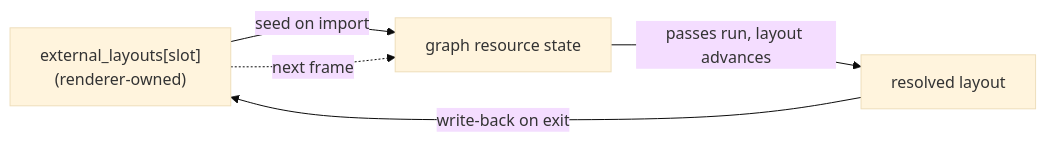
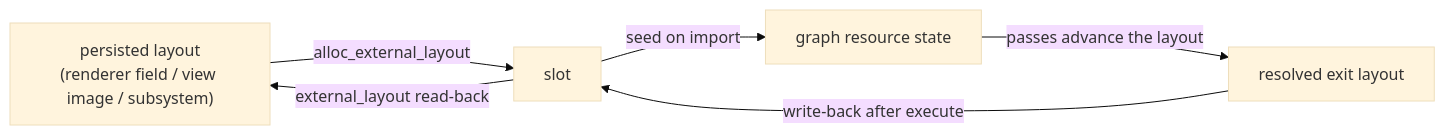
The diagram in docs/content/explanations/frame-and-render-graph/cross-frame-layouts.md (saffronjam/SaffronEngine), drawn with Mermaid (base theme) before and after one commit. The commit also changed other lines of this file and 10 other files, not shown here.

First line of the commit message:
docs: rewrite the frame-and-render-graph pages

````diff
--- a/docs/content/explanations/frame-and-render-graph/cross-frame-layouts.md
+++ b/docs/content/explanations/frame-and-render-graph/cross-frame-layouts.md
@@ -60,7 +60,8 @@
 ```mermaid
 flowchart LR
-    A["external_layouts[slot]<br/>(renderer-owned)"] -->|seed on import| B[graph resource state]
-    B -->|passes run, layout advances| C[resolved layout]
-    C -->|write-back on exit| A
-    A -.->|next frame| B
+    A["persisted layout<br/>(renderer field / view image / subsystem)"] -->|alloc_external_layout| B["slot"]
+    B -->|seed on import| C[graph resource state]
+    C -->|passes advance the layout| D[resolved exit layout]
+    D -->|write-back after execute| B
+    B -->|external_layout read-back| A
 ```
````
